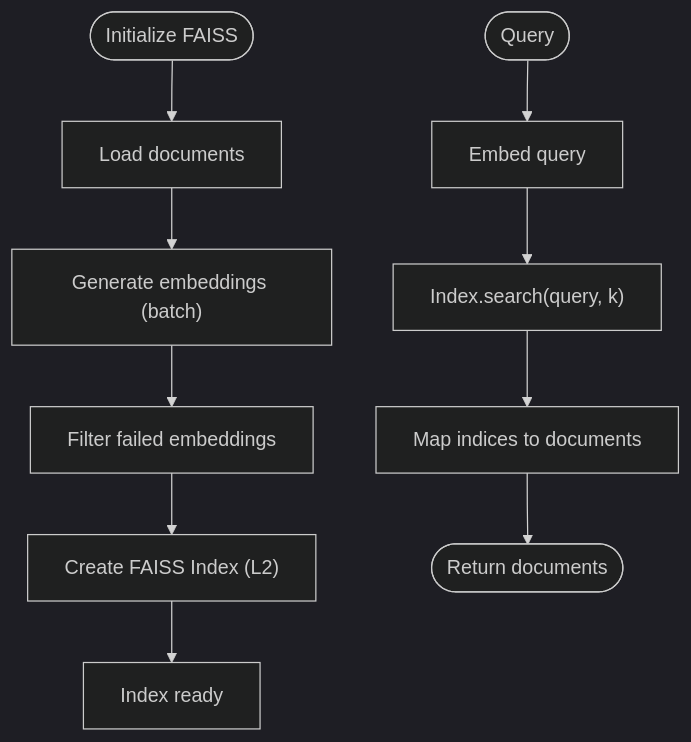
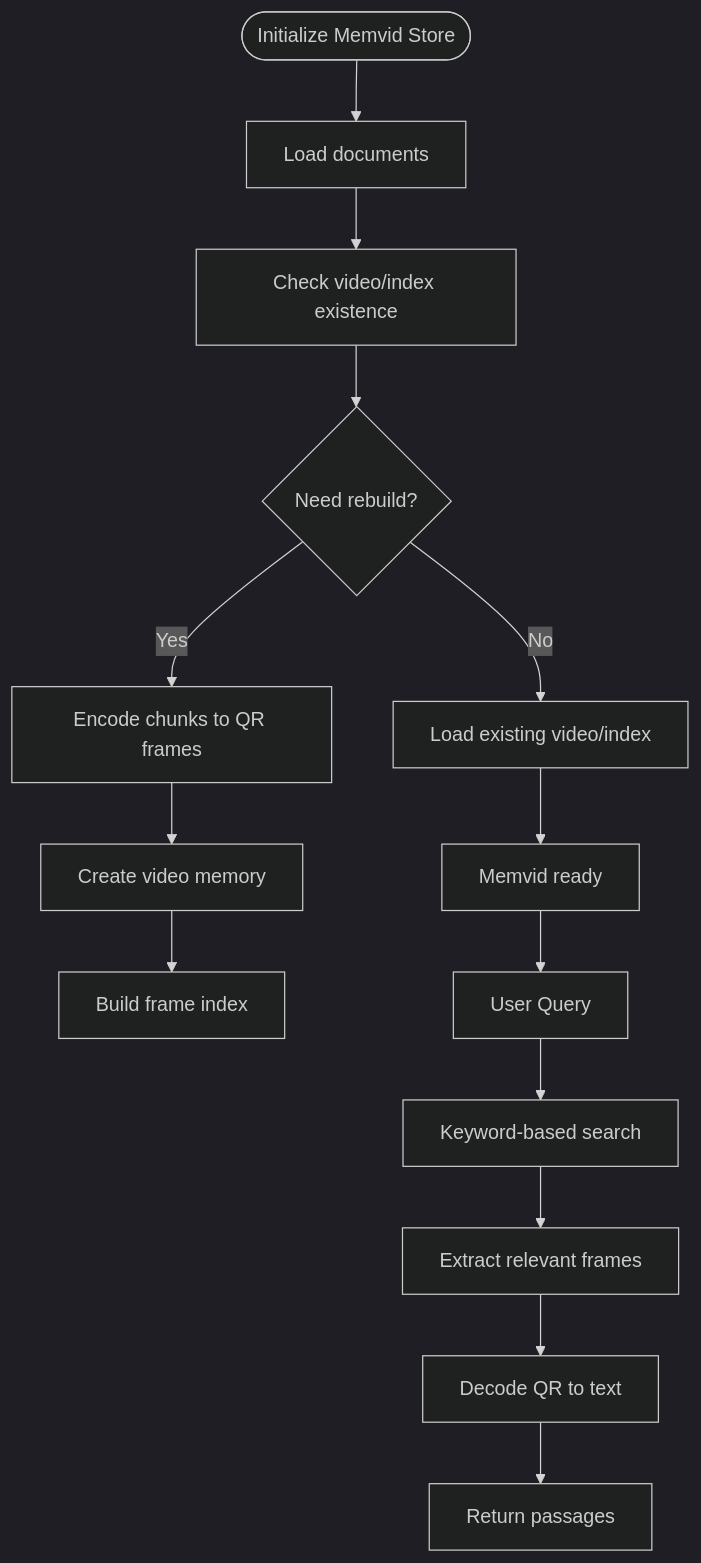
One commit to MOK-5-ha/MayaMCP changed the third of 6 diagrams in .qoder/repowiki/en/content/Retrieval-Augmented Generation (RAG)/Retrieval-Augmented Generation (RAG).md. Above: the diagram before and after it, drawn with Mermaid (dark theme). The commit also changed other lines of this file and 27 other files, not shown here.

````diff
--- a/.qoder/repowiki/en/content/Retrieval-Augmented Generation (RAG)/Retrieval-Augmented Generation (RAG).md
+++ b/.qoder/repowiki/en/content/Retrieval-Augmented Generation (RAG)/Retrieval-Augmented Generation (RAG).md
@@ -170,12 +168,16 @@
 ```mermaid
 flowchart TD
-Start(["Initialize FAISS"]) --> Docs["Load documents"]
-Docs --> Embed["Generate embeddings (batch)"]
-Embed --> Filter["Filter failed embeddings"]
-Filter --> BuildIdx["Create FAISS Index (L2)"]
-BuildIdx --> Ready["Index ready"]
-QStart(["Query"]) --> QEmbed["Embed query"]
-QEmbed --> QSearch["Index.search(query, k)"]
-QSearch --> MapDocs["Map indices to documents"]
-MapDocs --> Return(["Return documents"])
+Start(["Initialize Memvid Store"]) --> Docs["Load documents"]
+Docs --> Check["Check video/index existence"]
+Check --> Build{"Need rebuild?"}
+Build -- "Yes" --> Encode["Encode chunks to QR frames"]
+Encode --> Video["Create video memory"]
+Video --> Index["Build frame index"]
+Build -- "No" --> Load["Load existing video/index"]
+Load --> Ready["Memvid ready"]
+Ready --> Query["User Query"]
+Query --> Search["Keyword-based search"]
+Search --> Frames["Extract relevant frames"]
+Frames --> Decode["Decode QR to text"]
+Decode --> Return["Return passages"]
 ```
````
